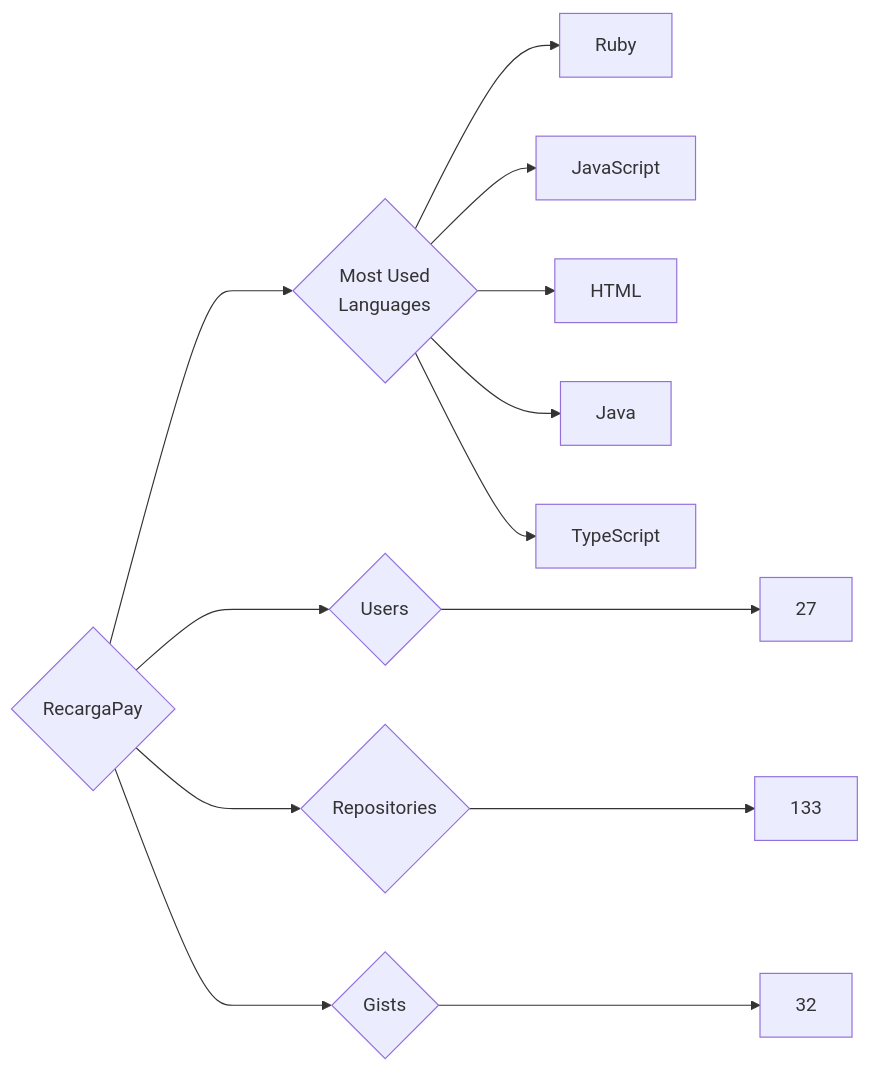
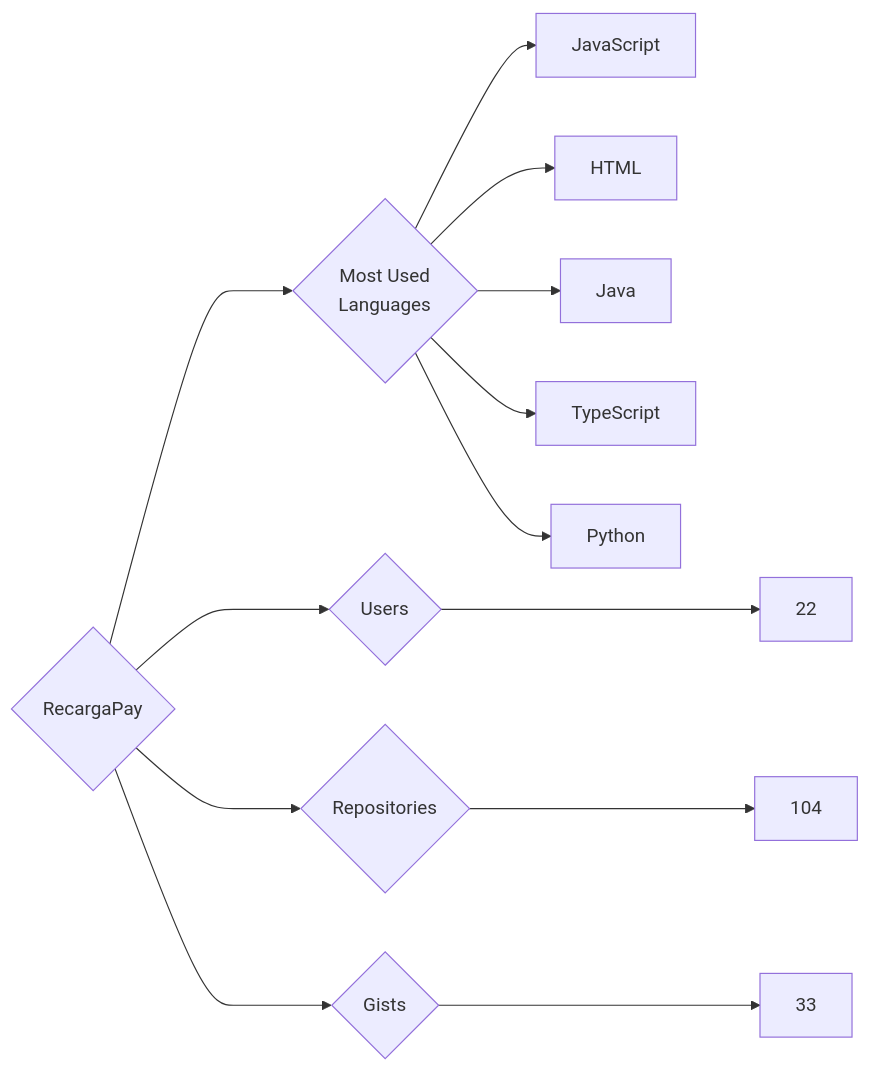
The diagram in targets/RecargaPay/README.md (trickest/insiders), drawn with Mermaid before and after one commit. The commit also changed 796 other files, not shown here.

````diff
--- a/targets/RecargaPay/README.md
+++ b/targets/RecargaPay/README.md
@@ -3,13 +3,13 @@
 ```mermaid
 graph LR
 COMPANY_NAME{RecargaPay}
-COMPANY_NAME ---> U{Users} ---> UN[27]
-COMPANY_NAME ---> R{Repositories} ---> RN[133]
-COMPANY_NAME ---> G{Gists} ---> GN[32]
+COMPANY_NAME ---> U{Users} ---> UN[22]
+COMPANY_NAME ---> R{Repositories} ---> RN[104]
+COMPANY_NAME ---> G{Gists} ---> GN[33]
 COMPANY_NAME ---> ML{Most Used<br>Languages}
-ML --> Ruby[Ruby]
 ML --> JavaScript[JavaScript]
 ML --> HTML[HTML]
 ML --> Java[Java]
 ML --> TypeScript[TypeScript]
+ML --> Python[Python]
 ```
````
